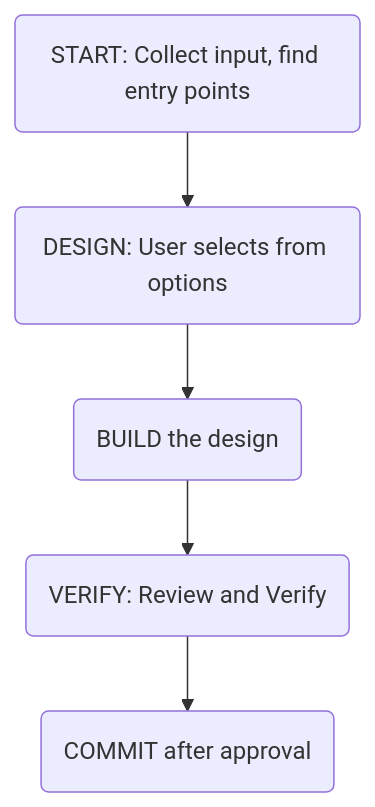
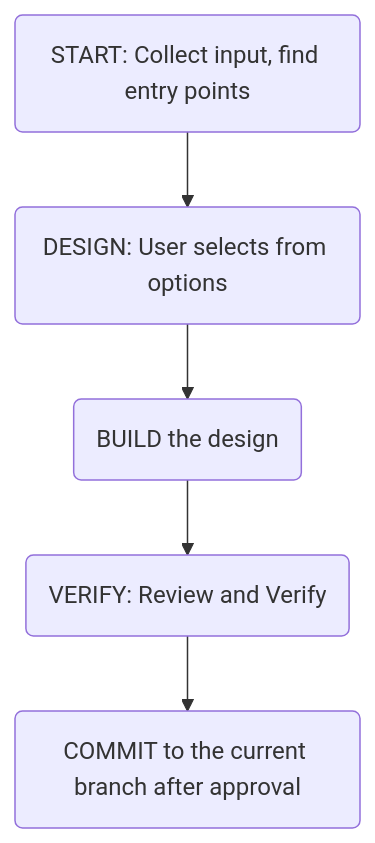
Before and after one commit to an-dr/agents: the second of 2 diagrams in README.md, drawn with Mermaid. The commit also changed other lines of this file and 2 other files, not shown here.

First line of the commit message:
Align AGENTS.md with the two README flows and make instructions host-agnostic

````diff
--- a/README.md
+++ b/README.md
@@ -30,15 +46,14 @@
 ```mermaid
 flowchart TD
 
 START("START: Collect input, find entry points")
 DESIGN("DESIGN: User selects from options")
 BUILD("BUILD the design")
 VERIFY("VERIFY: Review and Verify")
-COMMIT("COMMIT after approval")
+COMMIT("COMMIT to the current branch after approval")
 
 START --> DESIGN
 DESIGN --> BUILD
 BUILD --> VERIFY
 VERIFY --> COMMIT
-
 ```
````
